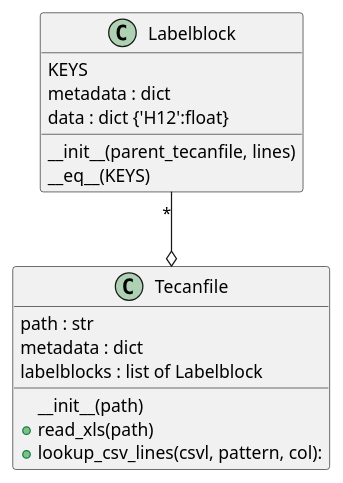
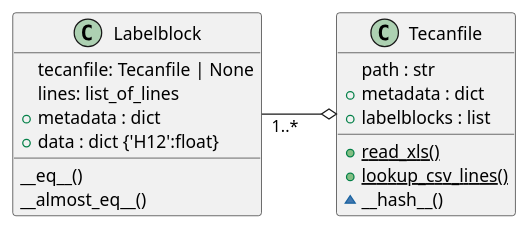
One commit to darosio/ClopHfit changed the first of 2 diagrams in docs/api/api.rst. Above: the diagram before and after it, drawn with PlantUML. The commit also changed other lines of this file and 34 other files, not shown here.

```diff
--- a/docs/api/api.rst
+++ b/docs/api/api.rst
@@ -26,19 +26,23 @@
 .. uml::
 
-   Labelblock "*" --o Tecanfile
+   left to right direction
+
+   Labelblock "1..*" --o Tecanfile
 
    class Labelblock{
-    KEYS
-    metadata : dict
-    data : dict {'H12':float}
-    __init__(parent_tecanfile, lines)
-    __eq__(KEYS)
+     tecanfile: Tecanfile | None
+     lines: list_of_lines
+     +metadata : dict
+     +data : dict {'H12':float}
+	 __eq__()
+     __almost_eq__()
     }
-   class Tecanfile{
-    path : str
-    metadata : dict
-    labelblocks : list of Labelblock
-    __init__(path)
-    +read_xls(path)
-    +lookup_csv_lines(csvl, pattern, col):
+
+	class Tecanfile{
+	  path : str
+	  +metadata : dict
+	  +labelblocks : list
+	  {static} +read_xls()
+	  {static} +lookup_csv_lines()
+	  ~__hash__()
     }
```
